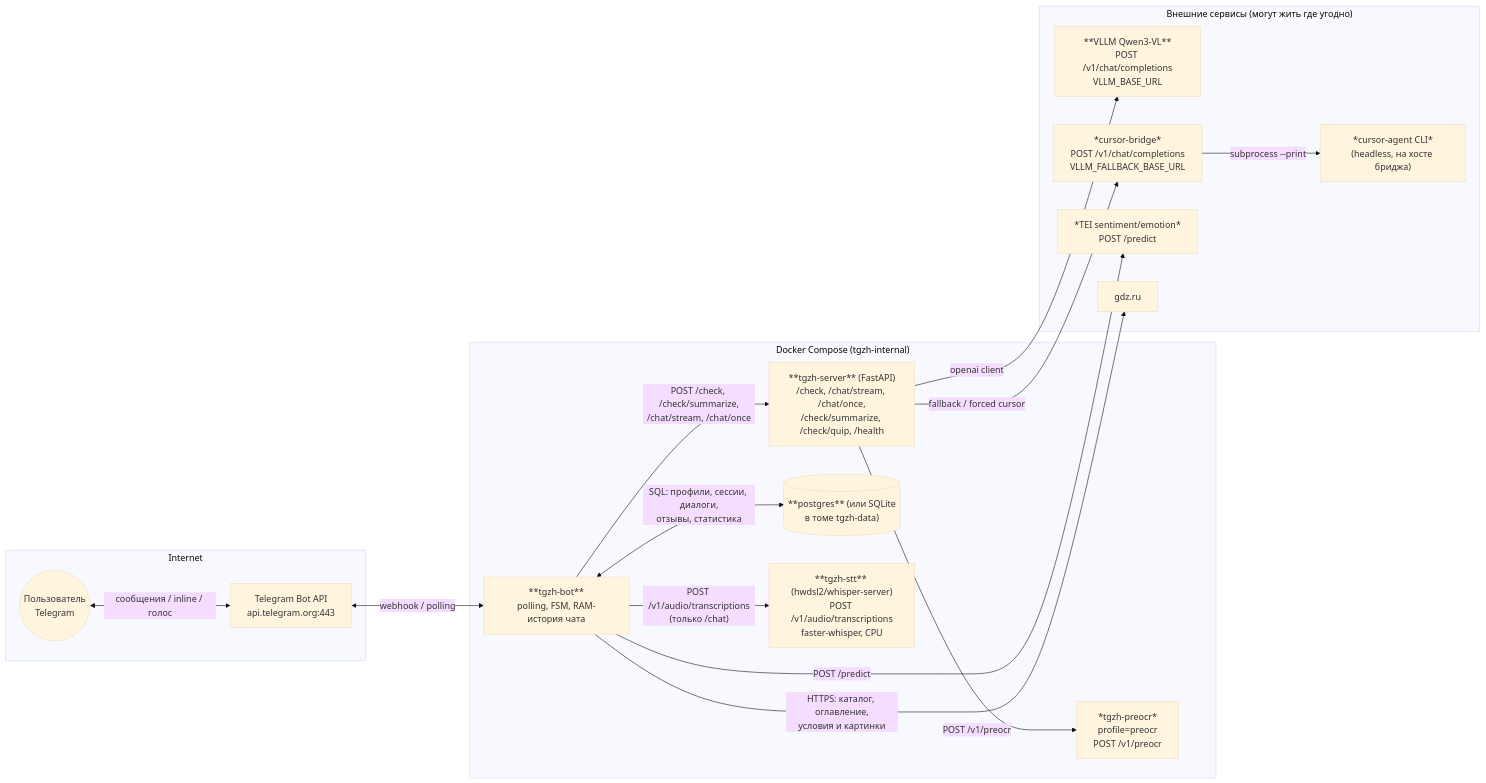
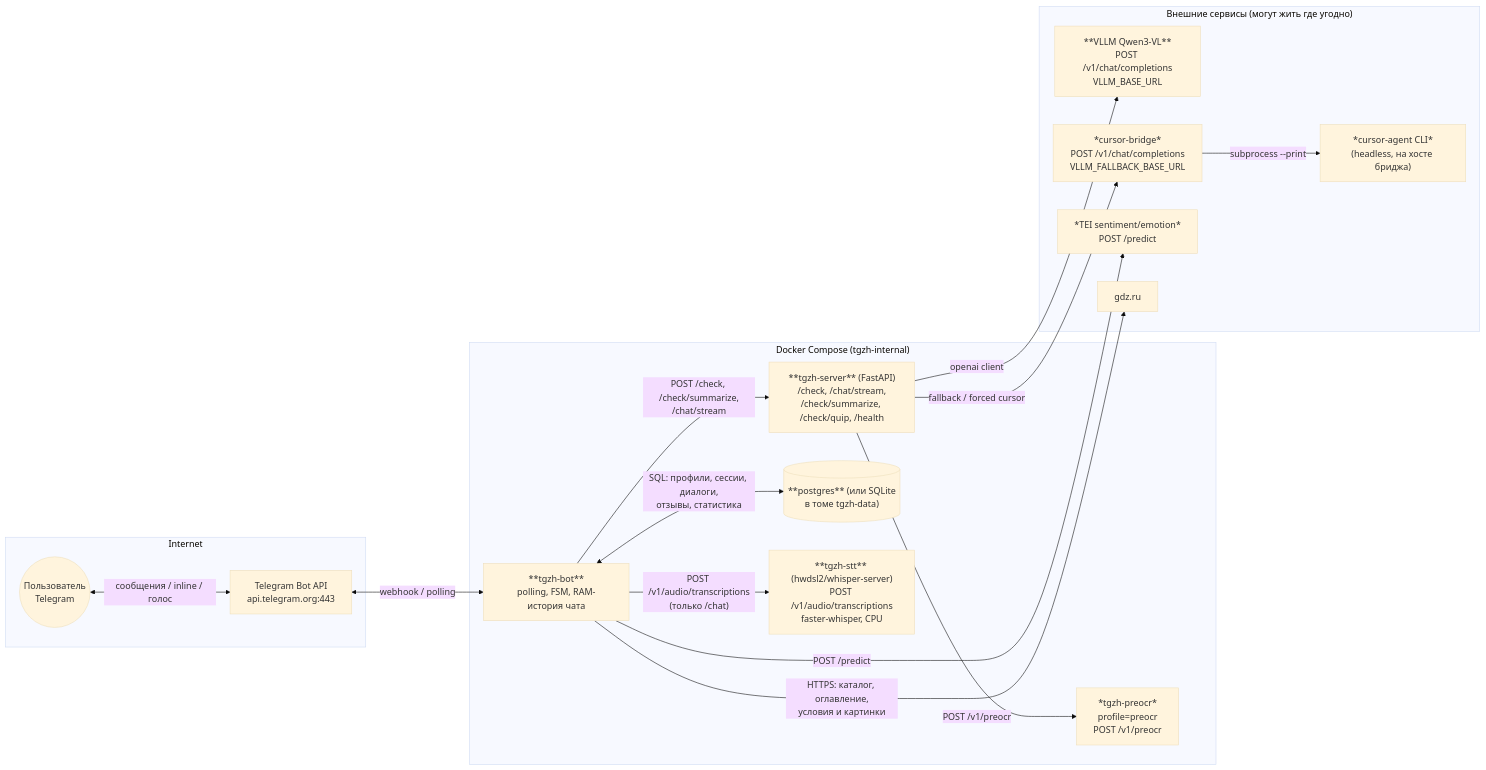
One commit to vramdibs/tgzh changed the diagram in README.md. Above: the diagram before and after it, drawn with Mermaid (base theme). The commit also changed other lines of this file and 18 other files, not shown here.

````diff
--- a/README.md
+++ b/README.md
@@ -74,35 +74,35 @@
 ```mermaid
 flowchart LR
     subgraph Internet
         user(("Пользователь<br/>Telegram"))
         tg["Telegram Bot API<br/>api.telegram.org:443"]
     end
 
     subgraph Compose["Docker Compose (tgzh-internal)"]
         bot["**tgzh-bot**<br/>polling, FSM, RAM-история чата"]
-        server["**tgzh-server** (FastAPI)<br/>/check, /chat/stream, /chat/once,<br/>/check/summarize, /check/quip, /health"]
+        server["**tgzh-server** (FastAPI)<br/>/check, /chat/stream,<br/>/check/summarize, /check/quip, /health"]
         pg[("**postgres** (или SQLite<br/>в томе tgzh-data)")]
         preocr["*tgzh-preocr*<br/>profile=preocr<br/>POST /v1/preocr"]
         stt["**tgzh-stt** (hwdsl2/whisper-server)<br/>POST /v1/audio/transcriptions<br/>faster-whisper, CPU"]
     end
 
     subgraph External["Внешние сервисы (могут жить где угодно)"]
         vllm["**VLLM Qwen3-VL**<br/>POST /v1/chat/completions<br/>VLLM_BASE_URL"]
         bridge["*cursor-bridge*<br/>POST /v1/chat/completions<br/>VLLM_FALLBACK_BASE_URL"]
         cursorcli["*cursor-agent CLI*<br/>(headless, на хосте бриджа)"]
         tei["*TEI sentiment/emotion*<br/>POST /predict"]
         gdz["gdz.ru"]
     end
 
     user <-- "сообщения / inline / голос" --> tg
     tg <-- "webhook / polling" --> bot
-    bot -- "POST /check, /check/summarize,<br/>/chat/stream, /chat/once" --> server
+    bot -- "POST /check, /check/summarize,<br/>/chat/stream" --> server
     bot <-- "SQL: профили, сессии, диалоги,<br/>отзывы, статистика" --> pg
     bot -- "HTTPS: каталог, оглавление,<br/>условия и картинки" --> gdz
     bot -- "POST /predict" --> tei
     bot -- "POST /v1/audio/transcriptions<br/>(только /chat)" --> stt
     server -- "openai client" --> vllm
     server -- "fallback / forced cursor" --> bridge
     bridge -- "subprocess --print" --> cursorcli
     server -- "POST /v1/preocr" --> preocr
 ```
````
